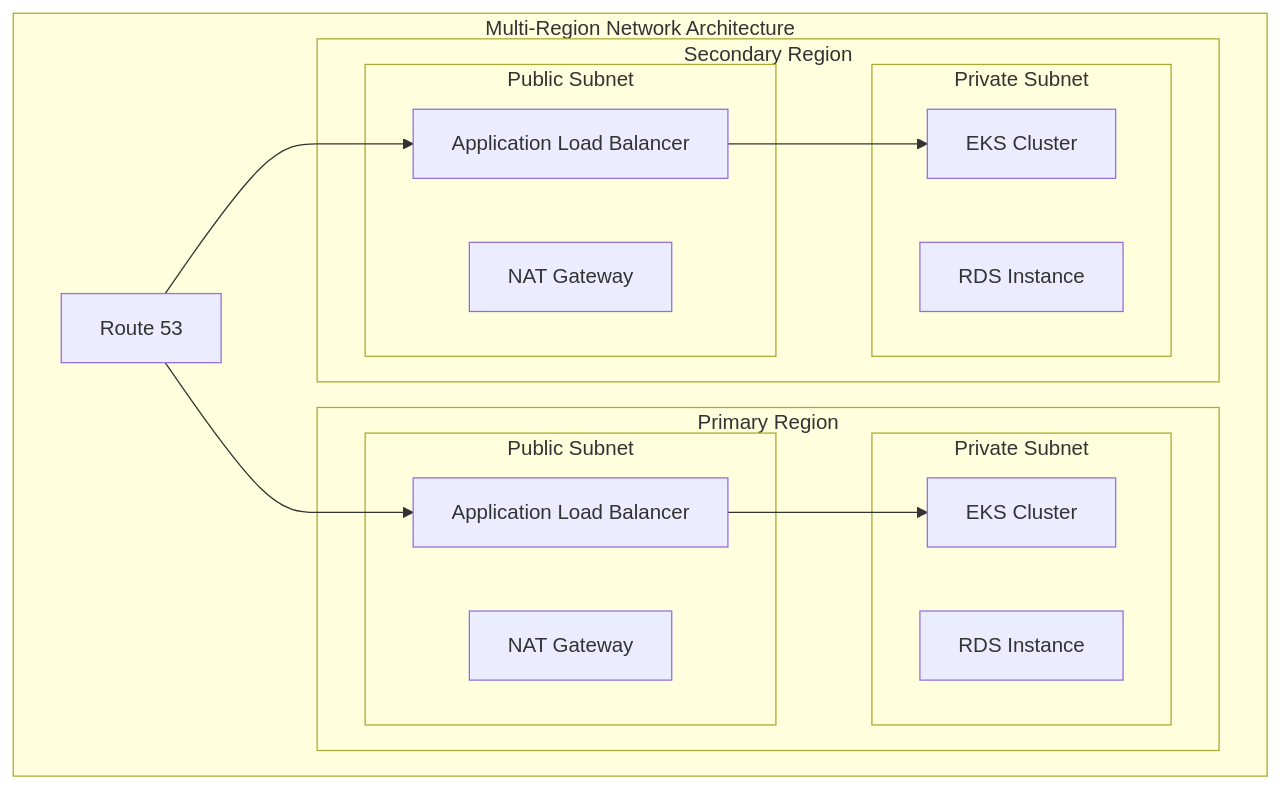
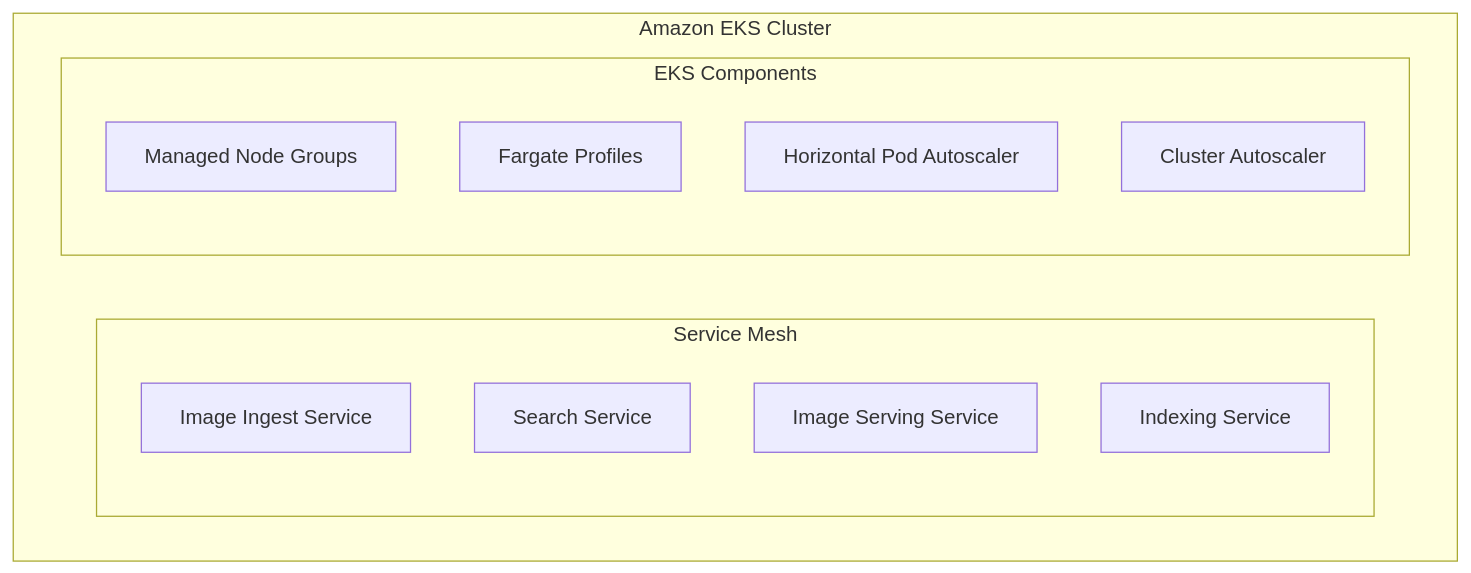
Before and after one commit to ahmad0303/testingreadme: the eighth of 14 diagrams in README.md, drawn with Mermaid. The commit also changed other lines of this file, not shown here.

````diff
--- a/README.md
+++ b/README.md
@@ -296,33 +354,18 @@
 ```mermaid
 flowchart TD
-    subgraph NetworkArchitecture["Multi-Region Network Architecture"]
-        subgraph Region1["Primary Region"]
-            subgraph PublicSubnet1["Public Subnet"]
-                ALB1["Application Load Balancer"]
-                NAT1["NAT Gateway"]
-            end
-            
-            subgraph PrivateSubnet1["Private Subnet"]
-                EKS1["EKS Cluster"]
-                RDS1["RDS Instance"]
-            end
+    subgraph EKSCluster["Amazon EKS Cluster"]
+        subgraph ServiceMesh["Service Mesh"]
+            ImageIngest["Image Ingest Service"]
+            SearchService["Search Service"]
+            ImageServing["Image Serving Service"]
+            IndexingService["Indexing Service"]
         end
         
-        subgraph Region2["Secondary Region"]
-            subgraph PublicSubnet2["Public Subnet"]
-                ALB2["Application Load Balancer"]
-                NAT2["NAT Gateway"]
-            end
-            
-            subgraph PrivateSubnet2["Private Subnet"]
-                EKS2["EKS Cluster"]
-                RDS2["RDS Instance"]
-            end
+        subgraph EKSComponents["EKS Components"]
+            NodeGroups["Managed Node Groups"]
+            FargateProfiles["Fargate Profiles"]
+            HPA["Horizontal Pod Autoscaler"]
+            CA["Cluster Autoscaler"]
         end
-        
-        Route53["Route 53"] --> ALB1
-        Route53 --> ALB2
-        ALB1 --> EKS1
-        ALB2 --> EKS2
     end
 ```
````
